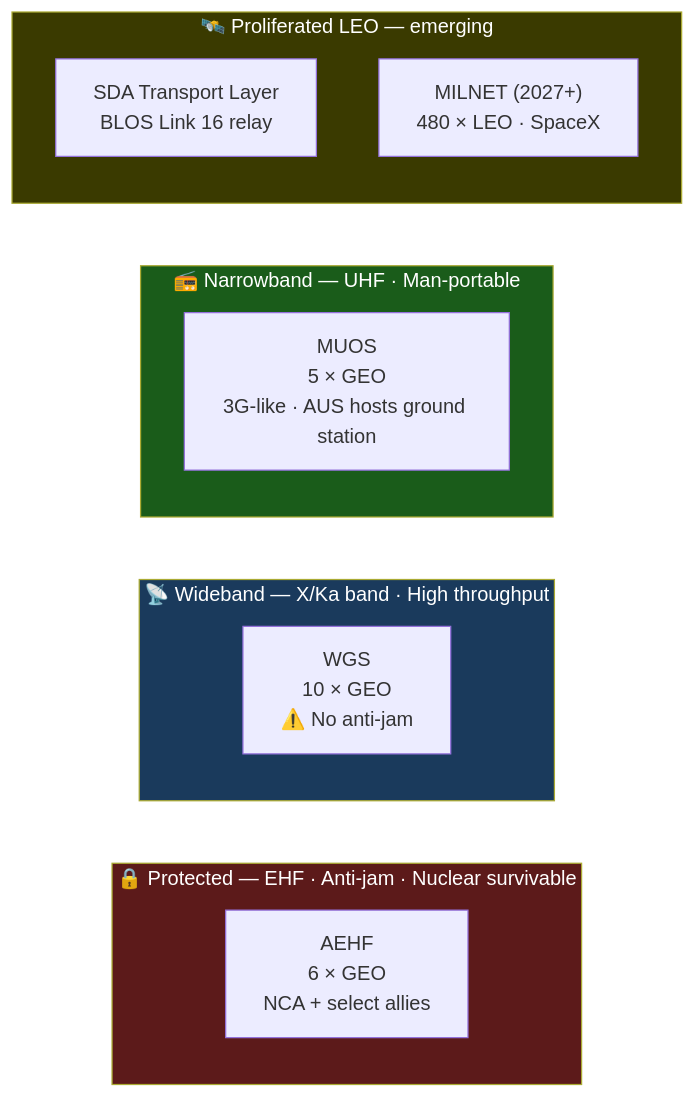
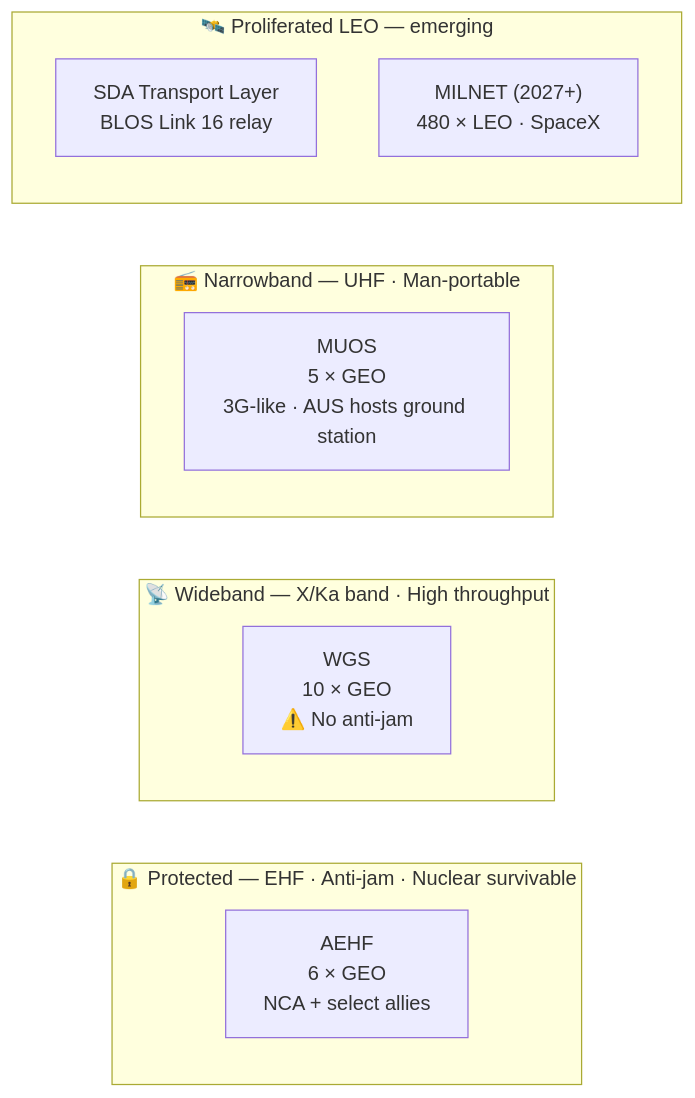
Before and after one commit to mirrorsedgepro-stack/SpaceOpsVault: the diagram in 03-Satellite-Capabilities/SATCOM Architecture.md, drawn with Mermaid. The commit also changed 10 other files, not shown here.

First line of the commit message:
Fix Mermaid diagrams by replacing \n with <br/>

````diff
--- a/03-Satellite-Capabilities/SATCOM Architecture.md
+++ b/03-Satellite-Capabilities/SATCOM Architecture.md
@@ -21,21 +21,16 @@
 ```mermaid
 graph LR
     subgraph Protected["🔒 Protected — EHF · Anti-jam · Nuclear survivable"]
-        AEHF["AEHF\n6 × GEO\nNCA + select allies"]
+        AEHF["AEHF<br/>6 × GEO<br/>NCA + select allies"]
     end
     subgraph Wideband["📡 Wideband — X/Ka band · High throughput"]
-        WGS["WGS\n10 × GEO\n⚠️ No anti-jam"]
+        WGS["WGS<br/>10 × GEO<br/>⚠️ No anti-jam"]
     end
     subgraph Narrowband["📻 Narrowband — UHF · Man-portable"]
-        MUOS["MUOS\n5 × GEO\n3G-like · AUS hosts ground station"]
+        MUOS["MUOS<br/>5 × GEO<br/>3G-like · AUS hosts ground station"]
     end
     subgraph LEO["🛰️ Proliferated LEO — emerging"]
-        PWSA["SDA Transport Layer\nBLOS Link 16 relay"]
-        MILNET["MILNET (2027+)\n480 × LEO · SpaceX"]
+        PWSA["SDA Transport Layer<br/>BLOS Link 16 relay"]
+        MILNET["MILNET (2027+)<br/>480 × LEO · SpaceX"]
     end
-
-    style Protected fill:#5c1a1a,color:#fff
-    style Wideband fill:#1a3a5c,color:#fff
-    style Narrowband fill:#1a5c1a,color:#fff
-    style LEO fill:#3a3a00,color:#fff
 ```
````
